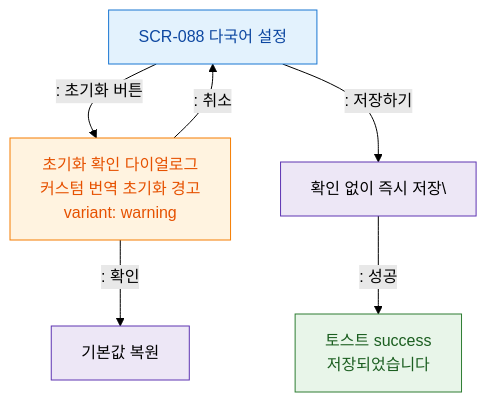
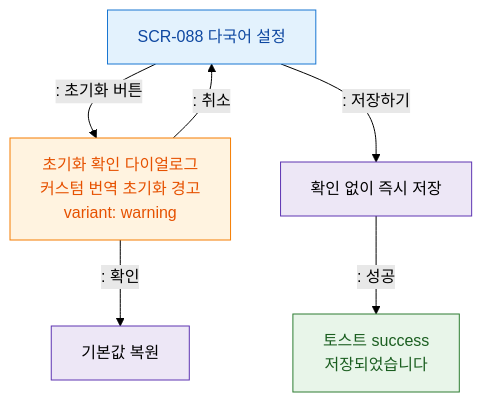
The diagram in docs/admin/다이어그램/D09_설정관리/SCR-088_다국어설정/F5_모달트리거.md (dev-spogym/admin-pando), drawn with Mermaid (forest theme) before and after one commit. The commit also changed 369 other files, not shown here.

````diff
--- a/docs/admin/다이어그램/D09_설정관리/SCR-088_다국어설정/F5_모달트리거.md
+++ b/docs/admin/다이어그램/D09_설정관리/SCR-088_다국어설정/F5_모달트리거.md
@@ -12,21 +12,21 @@
 ```mermaid
 flowchart TD
     SCR088[SCR-088 다국어 설정]
 
     SCR088 -->|": 초기화 버튼"|DLG_Reset[초기화 확인 다이얼로그\n커스텀 번역 초기화 경고\nvariant: warning]
     DLG_Reset -->|": 확인"|ACT_Reset[기본값 복원]
     DLG_Reset -->|": 취소"|SCR088
 
-    SCR088 -->|": 저장하기"|DirectSave[확인 없이 즉시 저장\]
+    SCR088 -->|": 저장하기"|DirectSave[확인 없이 즉시 저장]
     DirectSave -->|": 성공"|T_SaveOK[토스트 success\n저장되었습니다]
 
     classDef screen fill:#E3F2FD,stroke:#1976D2,color:#0D47A1
     classDef newFeature fill:#F3E5F5,stroke:#7B1FA2,color:#4A148C,stroke-dasharray:4 2
     classDef modal fill:#FFF3E0,stroke:#F57C00,color:#E65100
     classDef success fill:#E8F5E9,stroke:#2E7D32,color:#1B5E20
     classDef system fill:#EDE7F6,stroke:#5E35B2
     class SCR088 screen
     class DLG_Reset modal
     class T_SaveOK success
     class DirectSave,ACT_Reset system
 ```
````
